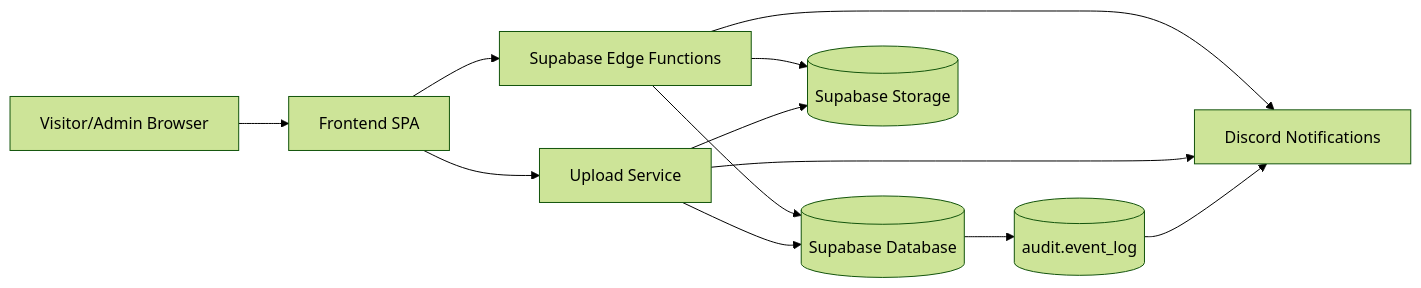
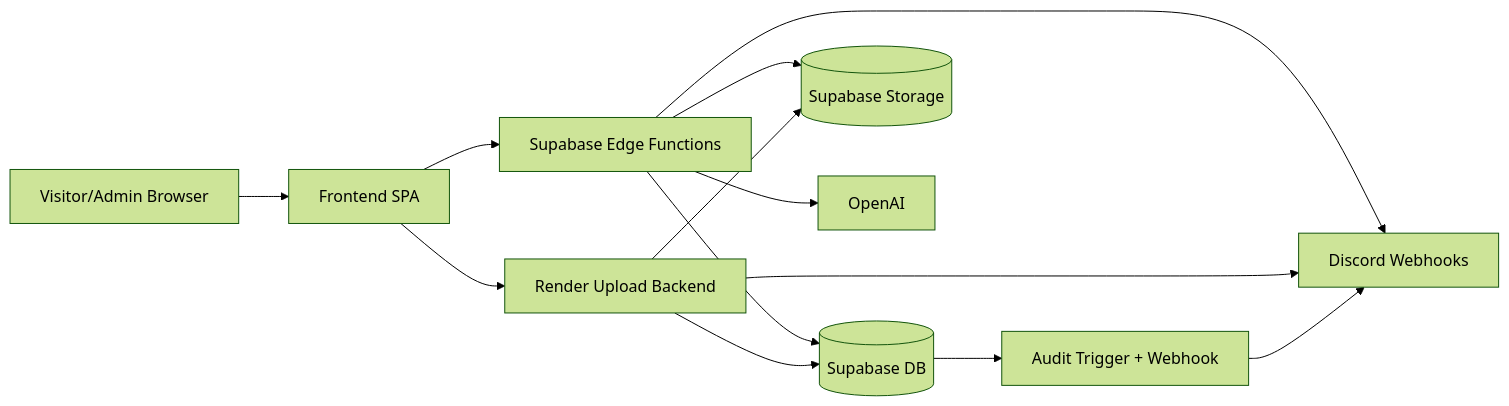
One commit to validayo/shootforarts-frontend changed the second of 2 diagrams in docs/architecture/frontend-deep-dive.md. Above: the diagram before and after it, drawn with Mermaid (forest theme). The commit also changed other lines of this file, not shown here.

Commit message:
Update frontend deep dive backend architecture diagram

````diff
--- a/docs/architecture/frontend-deep-dive.md
+++ b/docs/architecture/frontend-deep-dive.md
@@ -65,14 +65,15 @@
 ```mermaid
 flowchart LR
   U[Visitor/Admin Browser] --> FE[Frontend SPA]
   FE --> EF[Supabase Edge Functions]
-  FE --> UP[Upload Service]
-  EF --> DB[(Supabase Database)]
-  EF --> ST[(Supabase Storage)]
-  UP --> DB
-  UP --> ST
-  EF --> DISC[Discord Notifications]
-  UP --> DISC
-  DB --> AUDIT[(audit.event_log)]
-  AUDIT --> DISC
+  FE --> RENDER[Render Upload Backend]
+  EF --> DB[(Supabase DB)]
+  EF --> STORAGE[(Supabase Storage)]
+  EF --> OPENAI[OpenAI]
+  RENDER --> DB
+  RENDER --> STORAGE
+  EF --> DISCORD[Discord Webhooks]
+  RENDER --> DISCORD
+  DB --> AUDIT[Audit Trigger + Webhook]
+  AUDIT --> DISCORD
 ```
````
